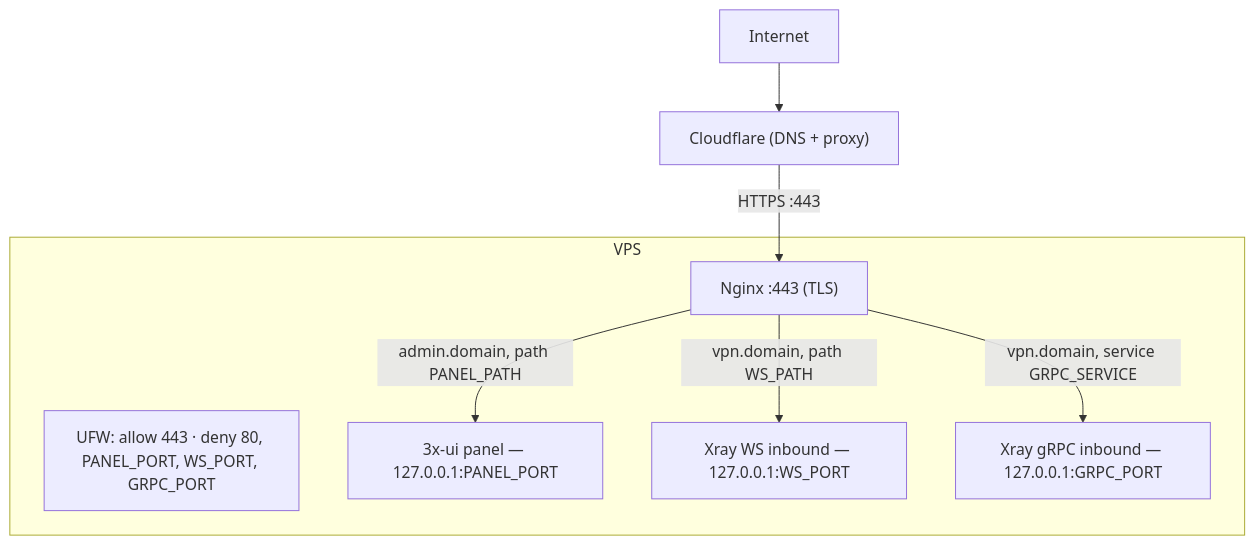
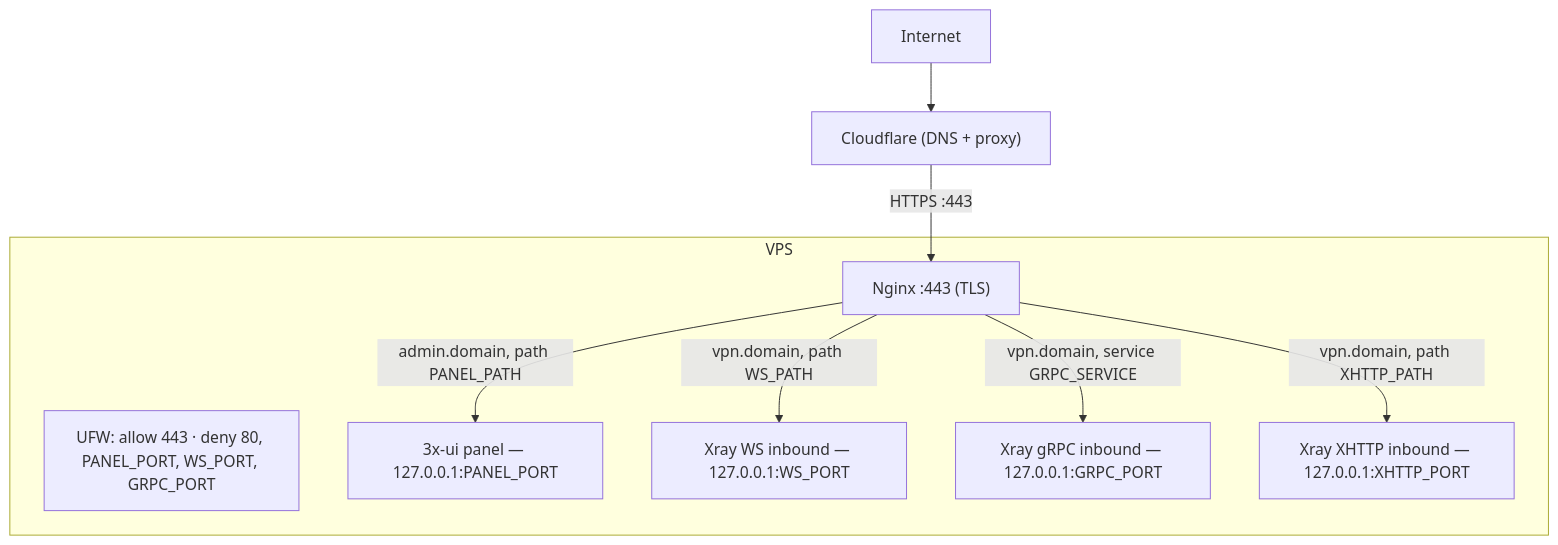
One commit to andletenkov/3x-ui-nginx-proxy changed the diagram in README.md. Above: the diagram before and after it, drawn with Mermaid. The commit also changed other lines of this file and 5 other files, not shown here.

Commit message:
feat: add XHTTP CDN inbound and fallback page

````diff
--- a/README.md
+++ b/README.md
@@ -26,17 +26,19 @@
 ```mermaid
 flowchart TD
     Internet["Internet"] --> CF["Cloudflare (DNS + proxy)"]
     CF -->|"HTTPS :443"| Nginx["Nginx :443 (TLS)"]
 
     subgraph VPS["VPS"]
         UFW["UFW: allow 443 · deny 80, PANEL_PORT, WS_PORT, GRPC_PORT"]
         Nginx
         Panel["3x-ui panel — 127.0.0.1:PANEL_PORT"]
         WS["Xray WS inbound — 127.0.0.1:WS_PORT"]
         GRPC["Xray gRPC inbound — 127.0.0.1:GRPC_PORT"]
+    XHTTP["Xray XHTTP inbound — 127.0.0.1:XHTTP_PORT"]
     end
 
     Nginx -->|"admin.domain, path PANEL_PATH"| Panel
     Nginx -->|"vpn.domain, path WS_PATH"| WS
     Nginx -->|"vpn.domain, service GRPC_SERVICE"| GRPC
+    Nginx -->|"vpn.domain, path XHTTP_PATH"| XHTTP
 ```
````
